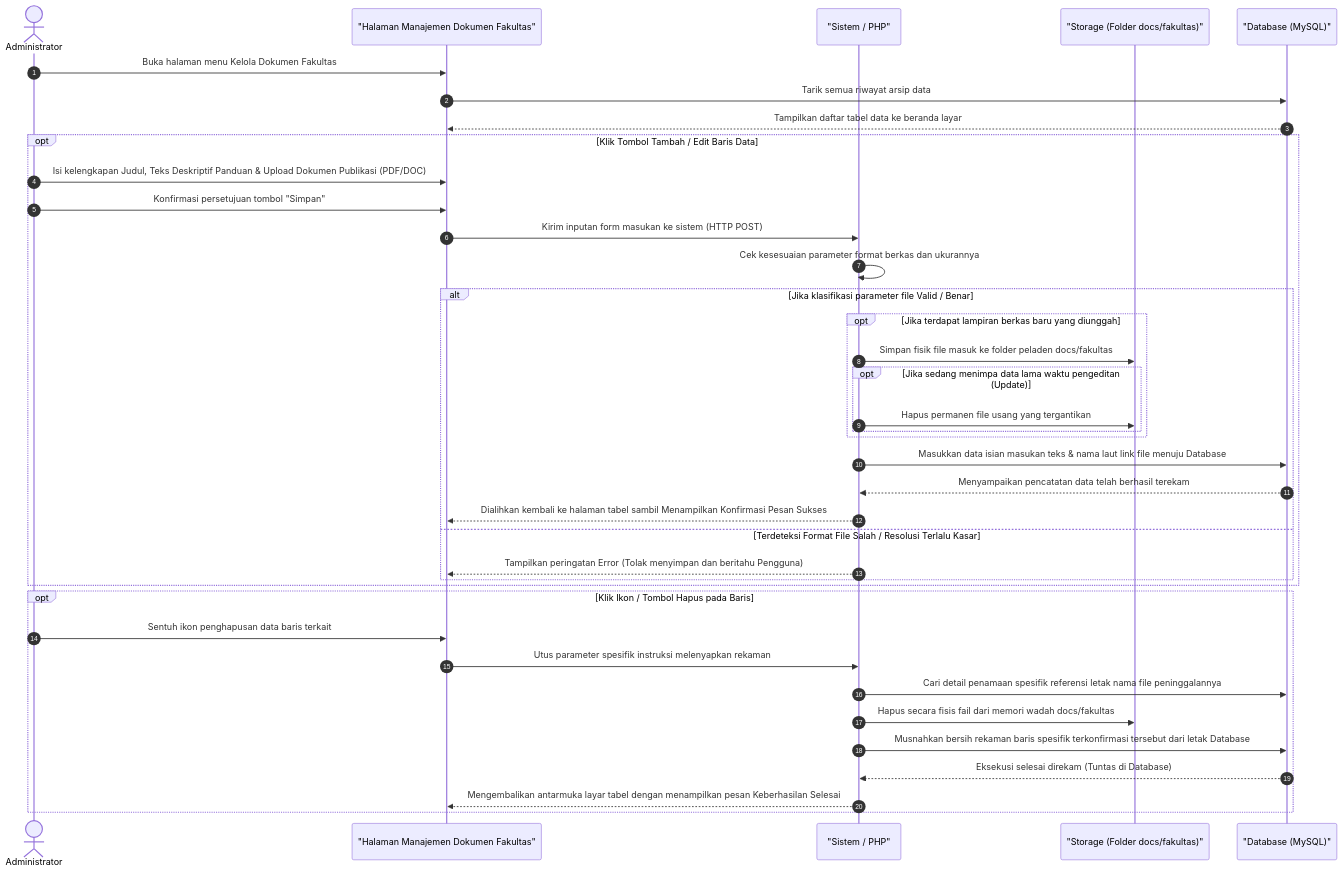
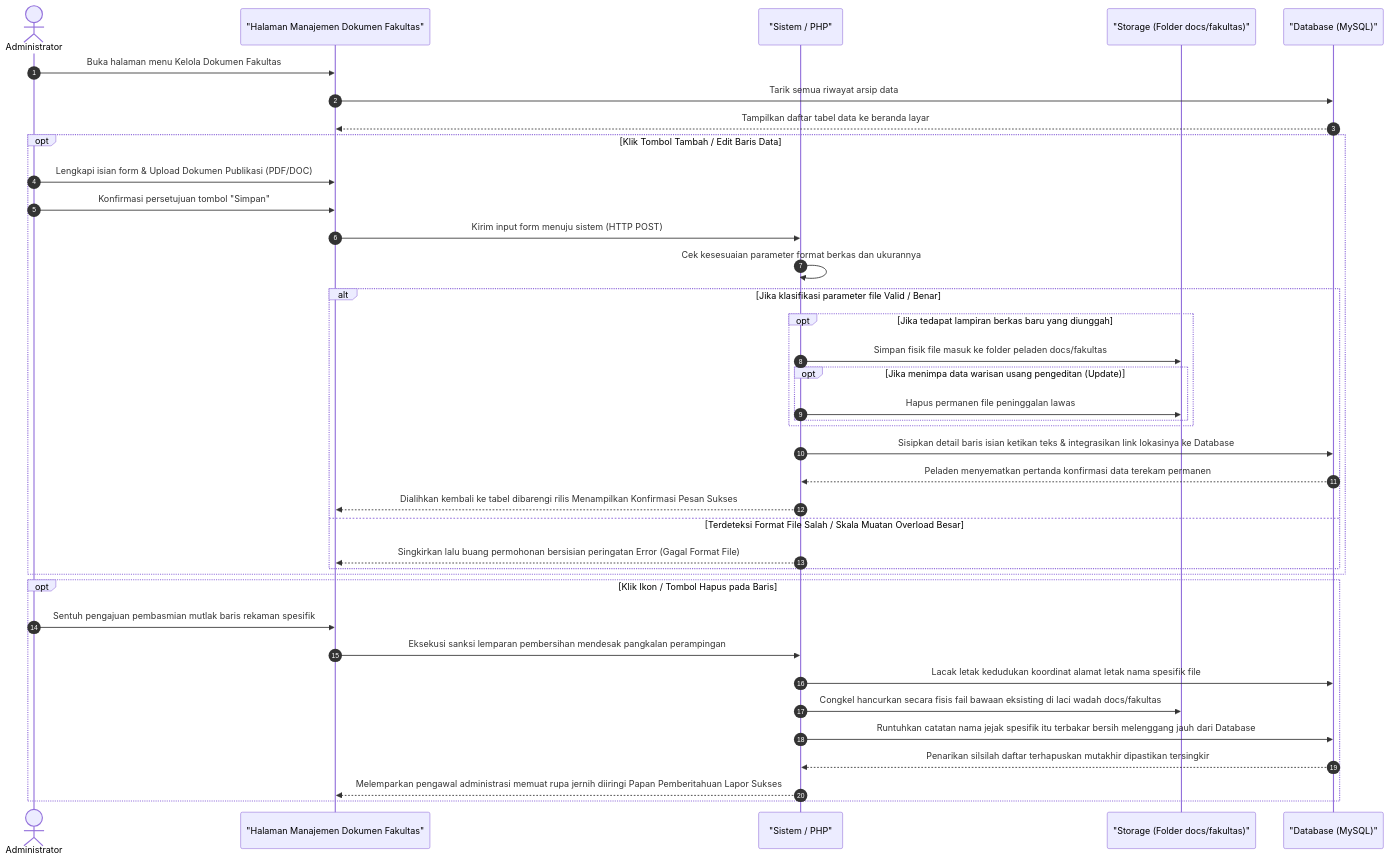
Before and after one commit to arbain-dev/Web_fikom: the diagram in docs/sequence_diagram_admin_dokumen_fakultas.md, drawn with Mermaid. The commit also changed other lines of this file and 18 other files, not shown here.

Commit message:
docs: mengubah format penjelasan sequence administrator dari list menjadi paragraf naratif

````diff
--- a/docs/sequence_diagram_admin_dokumen_fakultas.md
+++ b/docs/sequence_diagram_admin_dokumen_fakultas.md
@@ -29,48 +15,48 @@
 ```mermaid
 sequenceDiagram
     autonumber
     actor Admin as Administrator
     participant View as "Halaman Manajemen Dokumen Fakultas"
     participant System as "Sistem / PHP"
     participant Server as "Storage (Folder docs/fakultas)"
     participant DB as "Database (MySQL)"
 
     Admin->>View: Buka halaman menu Kelola Dokumen Fakultas
     View->>DB: Tarik semua riwayat arsip data
     DB-->>View: Tampilkan daftar tabel data ke beranda layar
 
     %% Proses Tambah / Edit
     opt Klik Tombol Tambah / Edit Baris Data
-        Admin->>View: Isi kelengkapan Judul, Teks Deskriptif Panduan & Upload Dokumen Publikasi (PDF/DOC)
+        Admin->>View: Lengkapi isian form & Upload Dokumen Publikasi (PDF/DOC)
         Admin->>View: Konfirmasi persetujuan tombol "Simpan"
-        View->>System: Kirim inputan form masukan ke sistem (HTTP POST)
+        View->>System: Kirim input form menuju sistem (HTTP POST)
 
         System->>System: Cek kesesuaian parameter format berkas dan ukurannya
         
         alt Jika klasifikasi parameter file Valid / Benar
-            opt Jika terdapat lampiran berkas baru yang diunggah
+            opt Jika tedapat lampiran berkas baru yang diunggah
                 System->>Server: Simpan fisik file masuk ke folder peladen docs/fakultas
-                opt Jika sedang menimpa data lama waktu pengeditan (Update)
-                    System->>Server: Hapus permanen file usang yang tergantikan
+                opt Jika menimpa data warisan usang pengeditan (Update)
+                    System->>Server: Hapus permanen file peninggalan lawas
                 end
             end
             
-            System->>DB: Masukkan data isian masukan teks & nama laut link file menuju Database
-            DB-->>System: Menyampaikan pencatatan data telah berhasil terekam
-            System-->>View: Dialihkan kembali ke halaman tabel sambil Menampilkan Konfirmasi Pesan Sukses
-        else Terdeteksi Format File Salah / Resolusi Terlalu Kasar
-            System-->>View: Tampilkan peringatan Error (Tolak menyimpan dan beritahu Pengguna)
+            System->>DB: Sisipkan detail baris isian ketikan teks & integrasikan link lokasinya ke Database
+            DB-->>System: Peladen menyematkan pertanda konfirmasi data terekam permanen
+            System-->>View: Dialihkan kembali ke tabel dibarengi rilis Menampilkan Konfirmasi Pesan Sukses
+        else Terdeteksi Format File Salah / Skala Muatan Overload Besar
+            System-->>View: Singkirkan lalu buang permohonan bersisian peringatan Error (Gagal Format File)
         end
     end
 
     %% Proses Hapus
     opt Klik Ikon / Tombol Hapus pada Baris
-        Admin->>View: Sentuh ikon penghapusan data baris terkait
-        View->>System: Utus parameter spesifik instruksi melenyapkan rekaman
-        System->>DB: Cari detail penamaan spesifik referensi letak nama file peninggalannya
-        System->>Server: Hapus secara fisis fail dari memori wadah docs/fakultas
-        System->>DB: Musnahkan bersih rekaman baris spesifik terkonfirmasi tersebut dari letak Database
-        DB-->>System: Eksekusi selesai direkam (Tuntas di Database)
-        System-->>View: Mengembalikan antarmuka layar tabel dengan menampilkan pesan Keberhasilan Selesai
+        Admin->>View: Sentuh pengajuan pembasmian mutlak baris rekaman spesifik
+        View->>System: Eksekusi sanksi lemparan pembersihan mendesak pangkalan perampingan
+        System->>DB: Lacak letak kedudukan koordinat alamat letak nama spesifik file 
+        System->>Server: Congkel hancurkan secara fisis fail bawaan eksisting di laci wadah docs/fakultas
+        System->>DB: Runtuhkan catatan nama jejak spesifik itu terbakar bersih melenggang jauh dari Database
+        DB-->>System: Penarikan silsilah daftar terhapuskan mutakhir dipastikan tersingkir
+        System-->>View: Melemparkan pengawal administrasi memuat rupa jernih diiringi Papan Pemberitahuan Lapor Sukses 
     end
 ```
````
